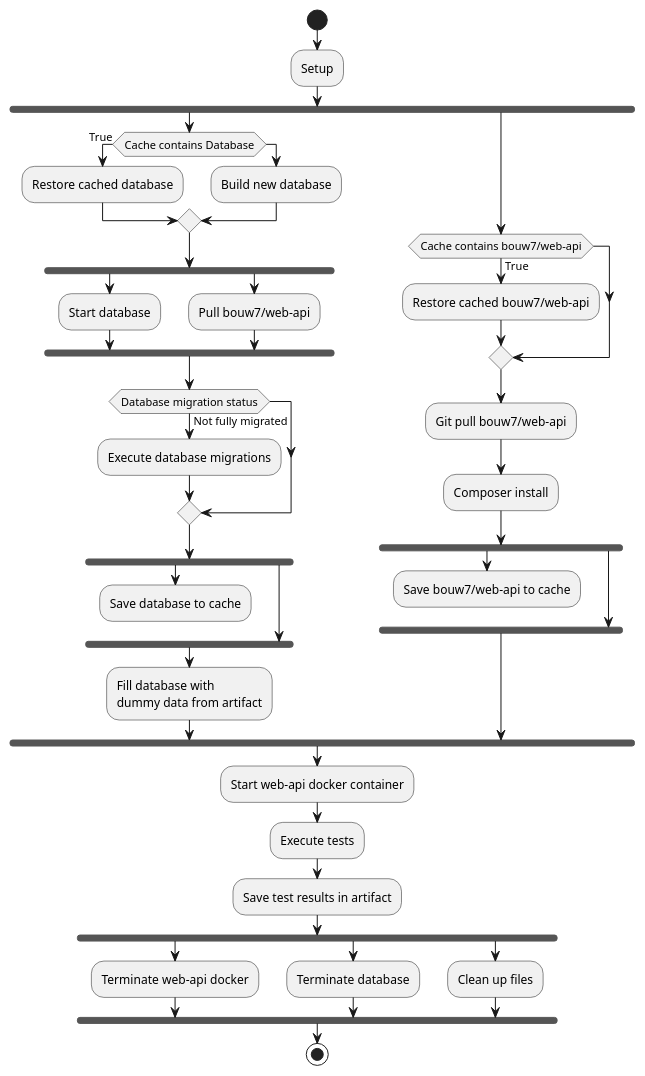
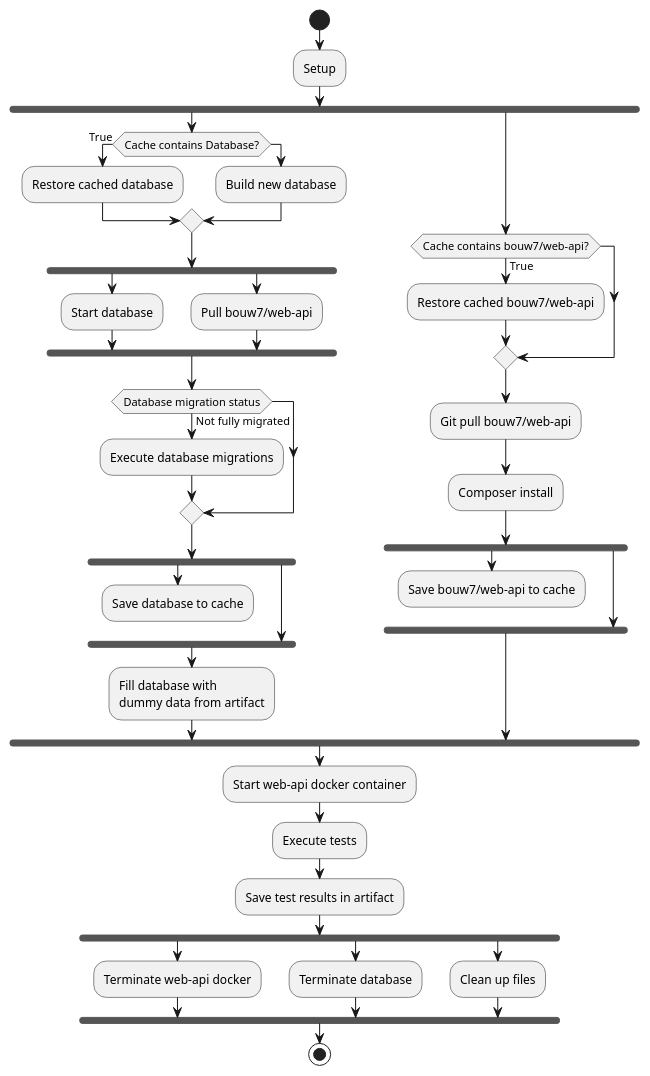
One commit to dannypas00/bouw7-uml changed the diagram in Process/WorkflowActivity.plantuml. Above: the diagram before and after it, drawn with PlantUML. The commit also changed 1 other file, not shown here.

Commit message:
Created activity diagram for executing individual tests

```diff
--- a/Process/WorkflowActivity.plantuml
+++ b/Process/WorkflowActivity.plantuml
@@ -1,49 +1,49 @@
 @startuml Functional testing workflow activity diagram
 start
 :Setup;
 fork
-    if (Cache contains Database) then (True)
+    if (Cache contains Database?) then (True)
         :Restore cached database;
     else 
         :Build new database;
     endif
     fork
         :Start database;
     fork again
         :Pull bouw7/web-api;
     end fork
     if (Database migration status) then (Not fully migrated)
         :Execute database migrations;
     endif
     fork
         :Save database to cache;
         kill
     fork again
     end fork
     :Fill database with 
     dummy data from artifact;
 fork again
-    if (Cache contains bouw7/web-api) then (True)
+    if (Cache contains bouw7/web-api?) then (True)
         :Restore cached bouw7/web-api;
     endif
     :Git pull bouw7/web-api;
     :Composer install;
     fork
         :Save bouw7/web-api to cache;
         kill
     fork again
     end fork
     
 end fork
 :Start web-api docker container;
 :Execute tests;
 :Save test results in artifact;
 fork
     :Terminate web-api docker;
 fork again
     :Terminate database;
 fork again
     :Clean up files;
 end fork
 stop
 @enduml
```
